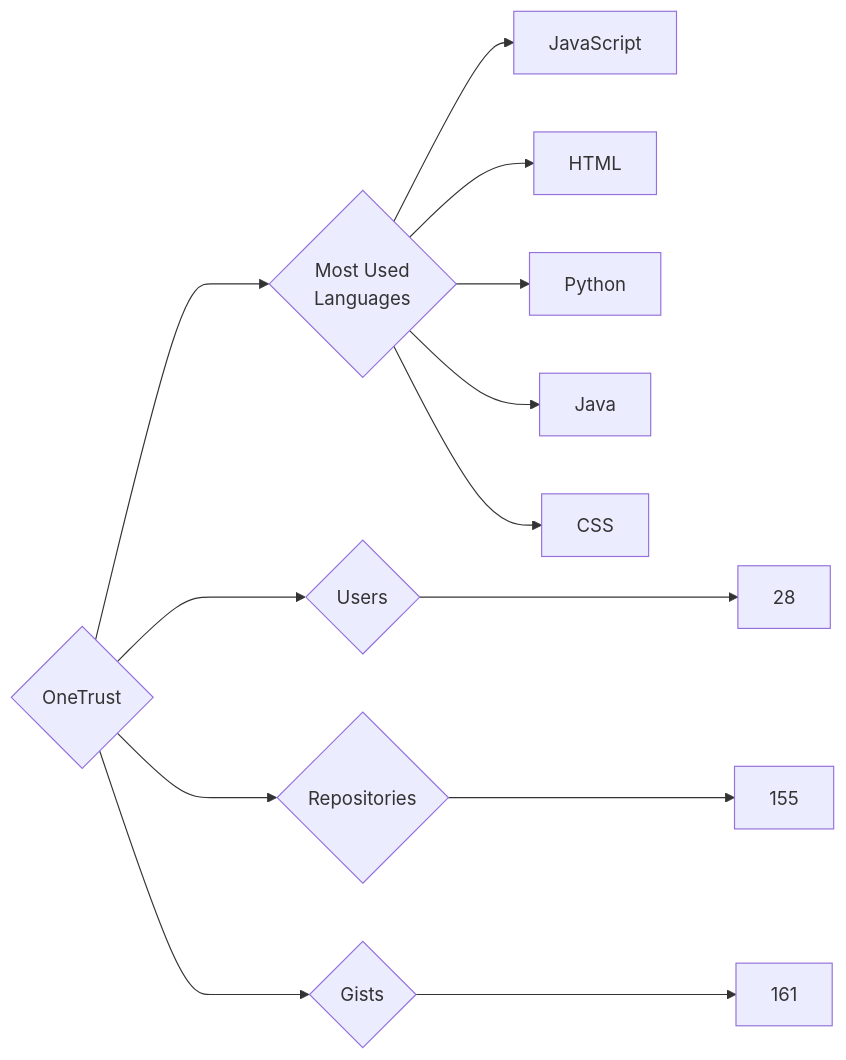
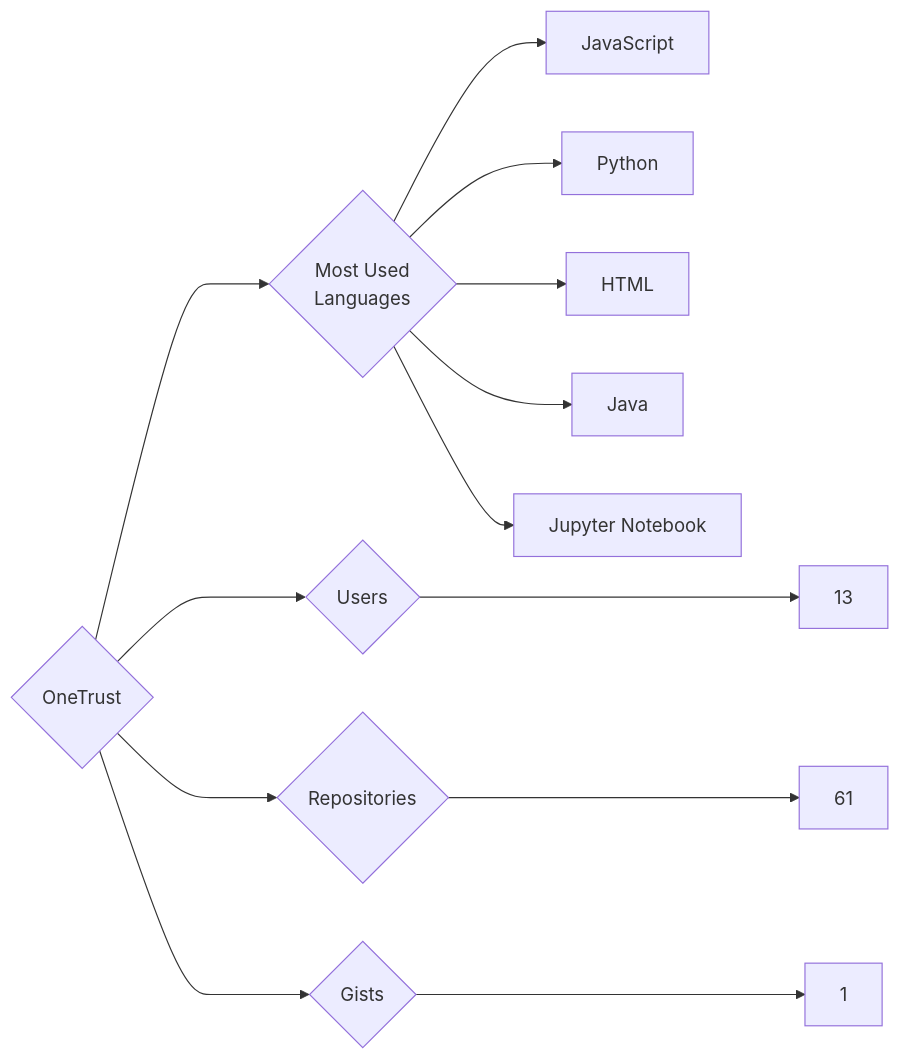
The diagram in targets/OneTrust/README.md (trickest/insiders), drawn with Mermaid before and after one commit. The commit also changed 955 other files, not shown here.

````diff
--- a/targets/OneTrust/README.md
+++ b/targets/OneTrust/README.md
@@ -3,13 +3,13 @@
 ```mermaid
 graph LR
 COMPANY_NAME{OneTrust}
-COMPANY_NAME ---> U{Users} ---> UN[28]
-COMPANY_NAME ---> R{Repositories} ---> RN[155]
-COMPANY_NAME ---> G{Gists} ---> GN[161]
+COMPANY_NAME ---> U{Users} ---> UN[13]
+COMPANY_NAME ---> R{Repositories} ---> RN[61]
+COMPANY_NAME ---> G{Gists} ---> GN[1]
 COMPANY_NAME ---> ML{Most Used<br>Languages}
 ML --> JavaScript[JavaScript]
+ML --> Python[Python]
 ML --> HTML[HTML]
-ML --> Python[Python]
 ML --> Java[Java]
-ML --> CSS[CSS]
+ML --> Jupyter_Notebook[Jupyter Notebook]
 ```
````
